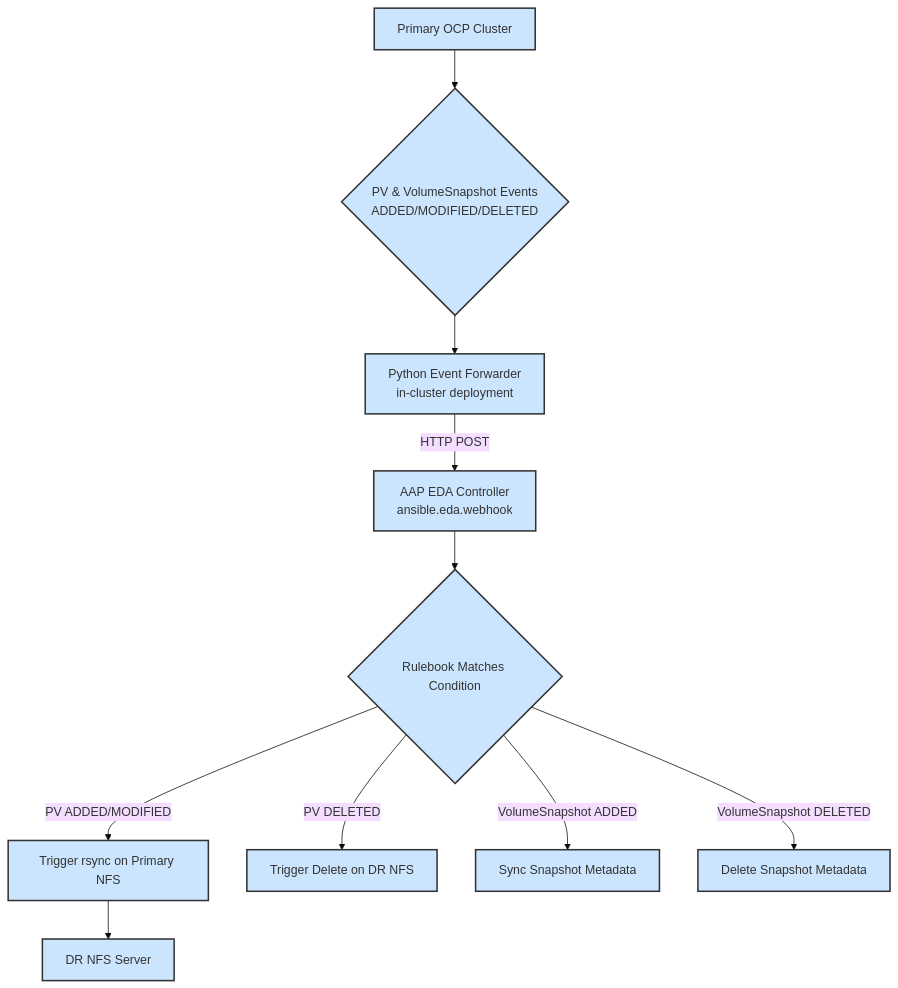
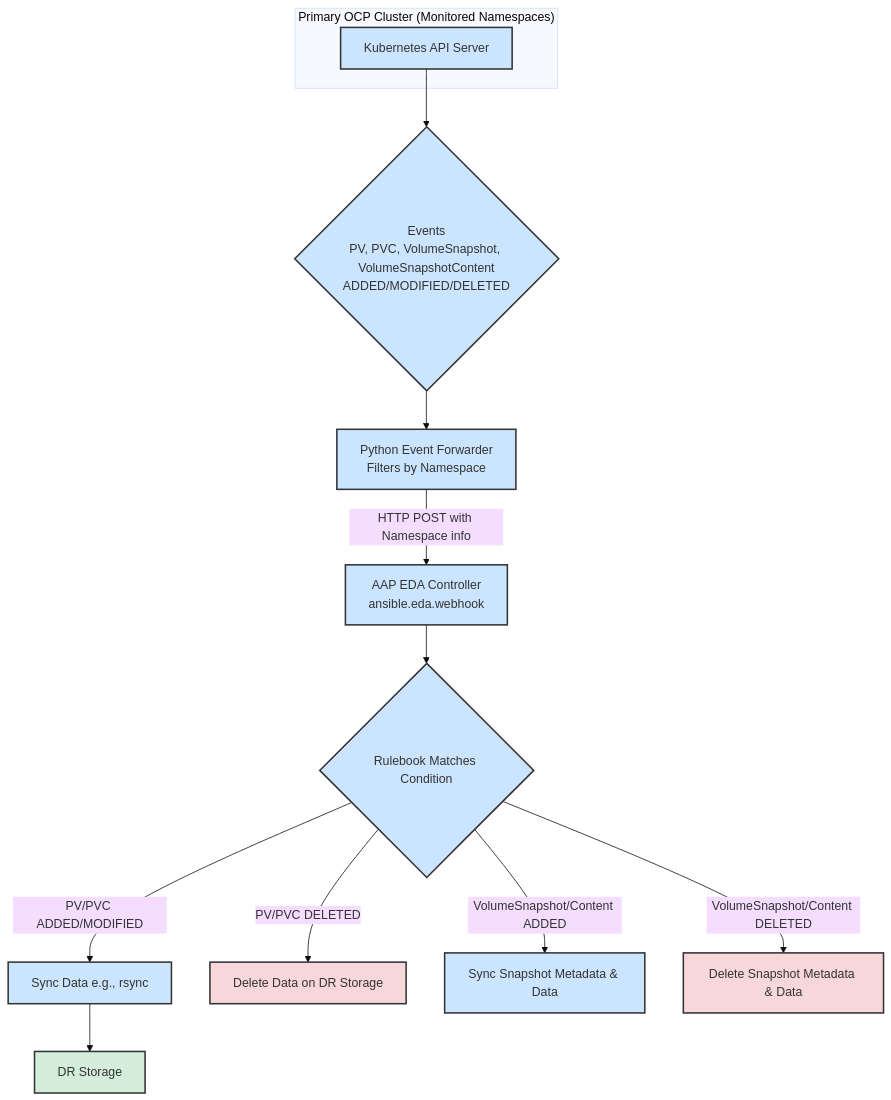
The first of 3 diagrams in planning/ansible-dr-design.md (wangzheng422/ansible-dr-demo), drawn with Mermaid (base theme) before and after one commit. The commit also changed other lines of this file and 1 other file, not shown here.

````diff
--- a/planning/ansible-dr-design.md
+++ b/planning/ansible-dr-design.md
@@ -24,23 +24,27 @@
 ```mermaid
 graph TD
-    A[Primary OCP Cluster] --> B{PV & VolumeSnapshot Events<br>ADDED/MODIFIED/DELETED};
-    B --> C[Python Event Forwarder<br>in-cluster deployment];
-    C -- HTTP POST --> D[AAP EDA Controller<br>ansible.eda.webhook];
+    subgraph "Primary OCP Cluster (Monitored Namespaces)"
+        A[Kubernetes API Server]
+    end
+
+    A --> B{Events<br>PV, PVC, VolumeSnapshot, VolumeSnapshotContent<br>ADDED/MODIFIED/DELETED};
+    B --> C[Python Event Forwarder<br>Filters by Namespace];
+    C -- HTTP POST with Namespace info --> D[AAP EDA Controller<br>ansible.eda.webhook];
     D --> E{Rulebook Matches Condition};
-    E -- PV ADDED/MODIFIED --> F[Trigger rsync on Primary NFS];
-    F --> G[DR NFS Server];
-    E -- PV DELETED --> H[Trigger Delete on DR NFS];
-    E -- VolumeSnapshot ADDED --> S1[Sync Snapshot Metadata];
-    E -- VolumeSnapshot DELETED --> S2[Delete Snapshot Metadata];
+    E -- PV/PVC ADDED/MODIFIED --> F[Sync Data e.g., rsync];
+    F --> G[DR Storage];
+    E -- PV/PVC DELETED --> H[Delete Data on DR Storage];
+    E -- VolumeSnapshot/Content ADDED --> S1[Sync Snapshot Metadata & Data];
+    E -- VolumeSnapshot/Content DELETED --> S2[Delete Snapshot Metadata & Data];
 
     style A fill:#cce5ff,stroke:#333,stroke-width:2px
     style B fill:#cce5ff,stroke:#333,stroke-width:2px
     style C fill:#cce5ff,stroke:#333,stroke-width:2px
     style D fill:#cce5ff,stroke:#333,stroke-width:2px
     style E fill:#cce5ff,stroke:#333,stroke-width:2px
     style F fill:#cce5ff,stroke:#333,stroke-width:2px
-    style G fill:#cce5ff,stroke:#333,stroke-width:2px
-    style H fill:#cce5ff,stroke:#333,stroke-width:2px
+    style G fill:#d4edda,stroke:#333,stroke-width:2px
+    style H fill:#f8d7da,stroke:#333,stroke-width:2px
     style S1 fill:#cce5ff,stroke:#333,stroke-width:2px
-    style S2 fill:#cce5ff,stroke:#333,stroke-width:2px
+    style S2 fill:#f8d7da,stroke:#333,stroke-width:2px
 ```
````
